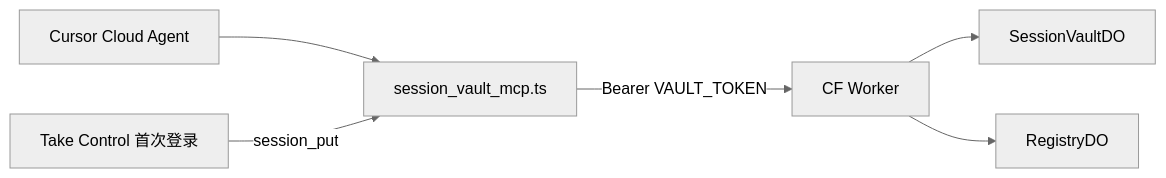
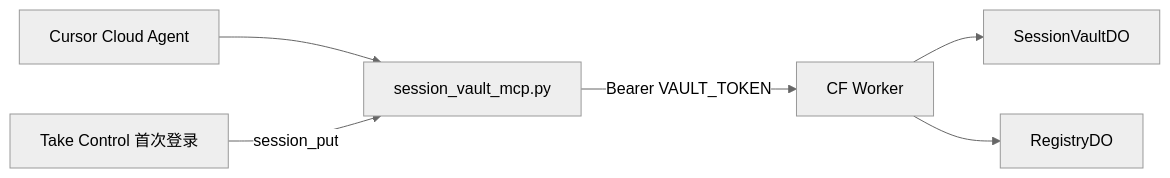
One commit to partnernetsoftware/.github changed the diagram in workers/session-vault/README.md. Above: the diagram before and after it, drawn with Mermaid (neutral theme). The commit also changed other lines of this file and 2 other files, not shown here.

First line of the commit message:
feat(session-vault): add Python stdio MCP and lab pointer

````diff
--- a/workers/session-vault/README.md
+++ b/workers/session-vault/README.md
@@ -17,8 +17,8 @@
 ```mermaid
 flowchart LR
-  Agent[Cursor Cloud Agent] --> MCP[session_vault_mcp.ts]
+  Agent[Cursor Cloud Agent] --> MCP[session_vault_mcp.py]
   MCP -->|Bearer VAULT_TOKEN| Worker[CF Worker]
   Worker --> VaultDO[SessionVaultDO]
   Worker --> RegDO[RegistryDO]
   TakeControl[Take Control 首次登录] -->|session_put| MCP
 ```
````
